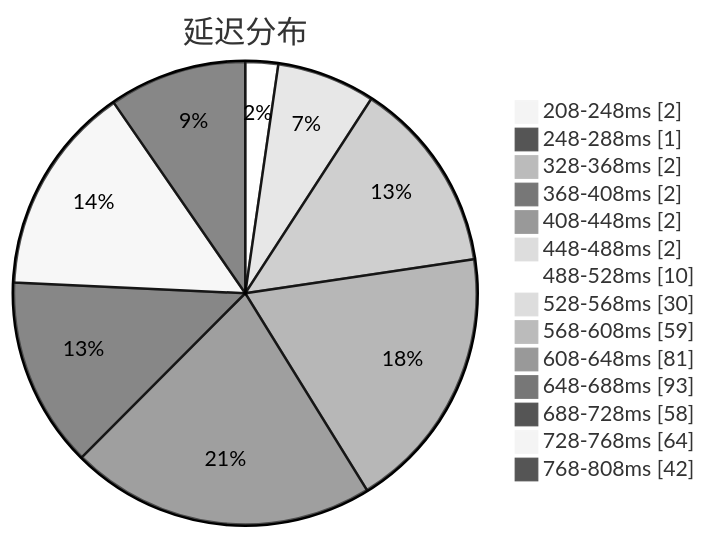
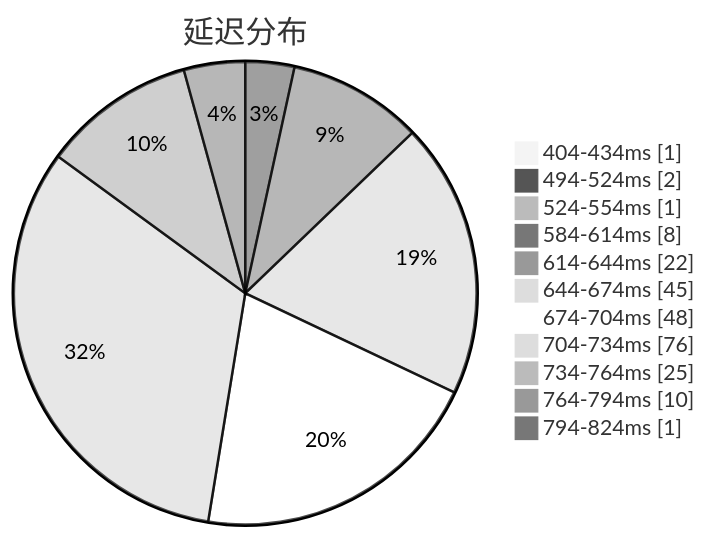
One commit to sinspired/airport changed the first of 3 diagrams in subs/statistics/tested_within.md. Above: the diagram before and after it, drawn with Mermaid (neutral theme). The commit also changed other lines of this file and 2 other files, not shown here.

````diff
--- a/subs/statistics/tested_within.md
+++ b/subs/statistics/tested_within.md
@@ -2,18 +2,15 @@
 ```mermaid
 pie showData
 title 延迟分布
-"208-248ms" : 2
-"248-288ms" : 1
-"328-368ms" : 2
-"368-408ms" : 2
-"408-448ms" : 2
-"448-488ms" : 2
-"488-528ms" : 10
-"528-568ms" : 30
-"568-608ms" : 59
-"608-648ms" : 81
-"648-688ms" : 93
-"688-728ms" : 58
-"728-768ms" : 64
-"768-808ms" : 42
+"404-434ms" : 1
+"494-524ms" : 2
+"524-554ms" : 1
+"584-614ms" : 8
+"614-644ms" : 22
+"644-674ms" : 45
+"674-704ms" : 48
+"704-734ms" : 76
+"734-764ms" : 25
+"764-794ms" : 10
+"794-824ms" : 1
 ```
````
